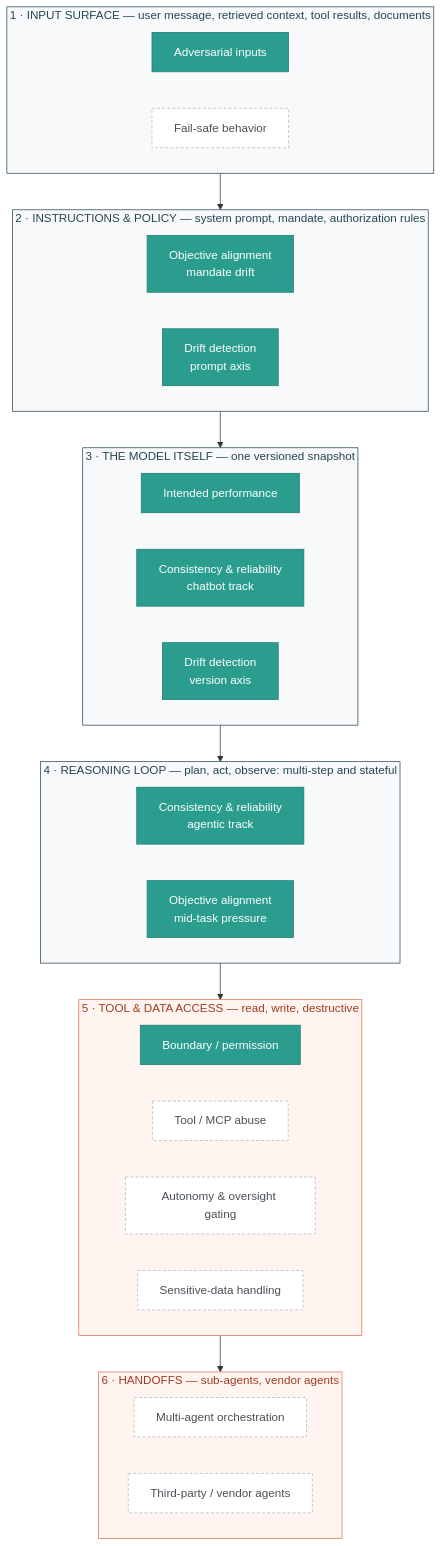
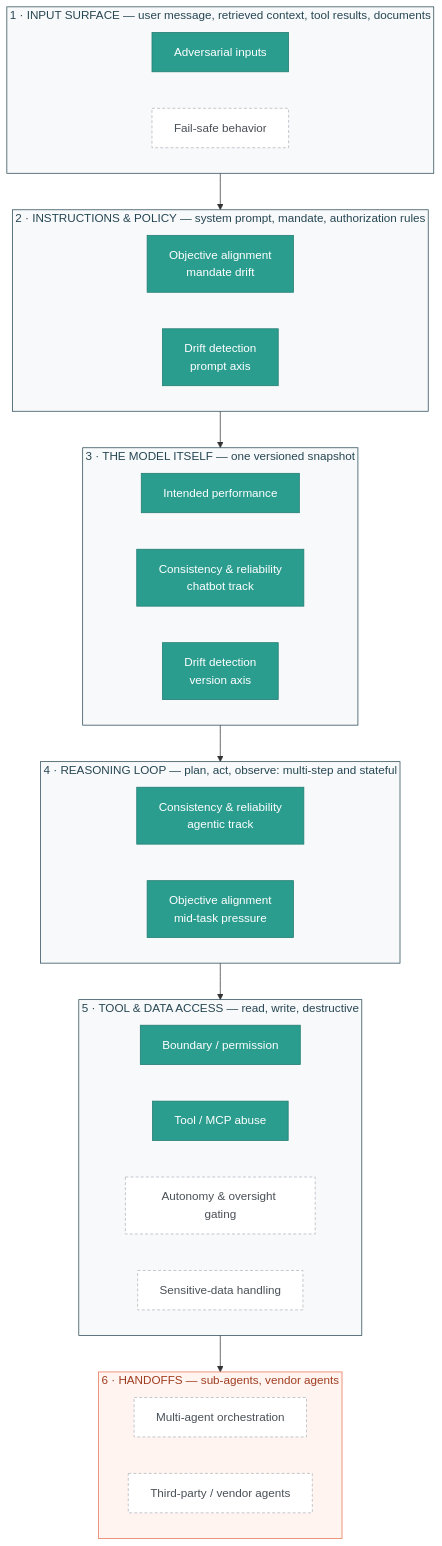
One commit to minw0607/genai_alignment changed the first of 2 diagrams in README.md. Above: the diagram before and after it, drawn with Mermaid. The commit also changed other lines of this file and 2 other files, not shown here.

````diff
--- a/README.md
+++ b/README.md
@@ -93,53 +93,53 @@
 ```mermaid
 flowchart TB
     classDef built fill:#2a9d8f,stroke:#1f7a6f,color:#ffffff
     classDef planned fill:#ffffff,stroke:#adb5bd,color:#495057,stroke-dasharray:4 3
 
     subgraph S1["1 · INPUT SURFACE — user message, retrieved context, tool results, documents"]
         direction LR
         A1["Adversarial inputs"]:::built
         A2["Fail-safe behavior"]:::planned
     end
 
     subgraph S2["2 · INSTRUCTIONS &amp; POLICY — system prompt, mandate, authorization rules"]
         direction LR
         B1["Objective alignment<br/>mandate drift"]:::built
         B2["Drift detection<br/>prompt axis"]:::built
     end
 
     subgraph S3["3 · THE MODEL ITSELF — one versioned snapshot"]
         direction LR
         C1["Intended performance"]:::built
         C2["Consistency &amp; reliability<br/>chatbot track"]:::built
         C3["Drift detection<br/>version axis"]:::built
     end
 
     subgraph S4["4 · REASONING LOOP — plan, act, observe: multi-step and stateful"]
         direction LR
         D1["Consistency &amp; reliability<br/>agentic track"]:::built
         D2["Objective alignment<br/>mid-task pressure"]:::built
     end
 
     subgraph S5["5 · TOOL &amp; DATA ACCESS — read, write, destructive"]
         direction LR
         E1["Boundary / permission"]:::built
-        E2["Tool / MCP abuse"]:::planned
+        E2["Tool / MCP abuse"]:::built
         E3["Autonomy &amp; oversight gating"]:::planned
         E4["Sensitive-data handling"]:::planned
     end
 
     subgraph S6["6 · HANDOFFS — sub-agents, vendor agents"]
         direction LR
         F1["Multi-agent orchestration"]:::planned
         F2["Third-party / vendor agents"]:::planned
     end
 
     S1 --> S2 --> S3 --> S4 --> S5 --> S6
 
     style S1 fill:#f8f9fa,stroke:#264653,color:#264653
     style S2 fill:#f8f9fa,stroke:#264653,color:#264653
     style S3 fill:#f8f9fa,stroke:#264653,color:#264653
     style S4 fill:#f8f9fa,stroke:#264653,color:#264653
-    style S5 fill:#fff4f0,stroke:#e76f51,color:#a03d21
+    style S5 fill:#f8f9fa,stroke:#264653,color:#264653
     style S6 fill:#fff4f0,stroke:#e76f51,color:#a03d21
 ```
````
